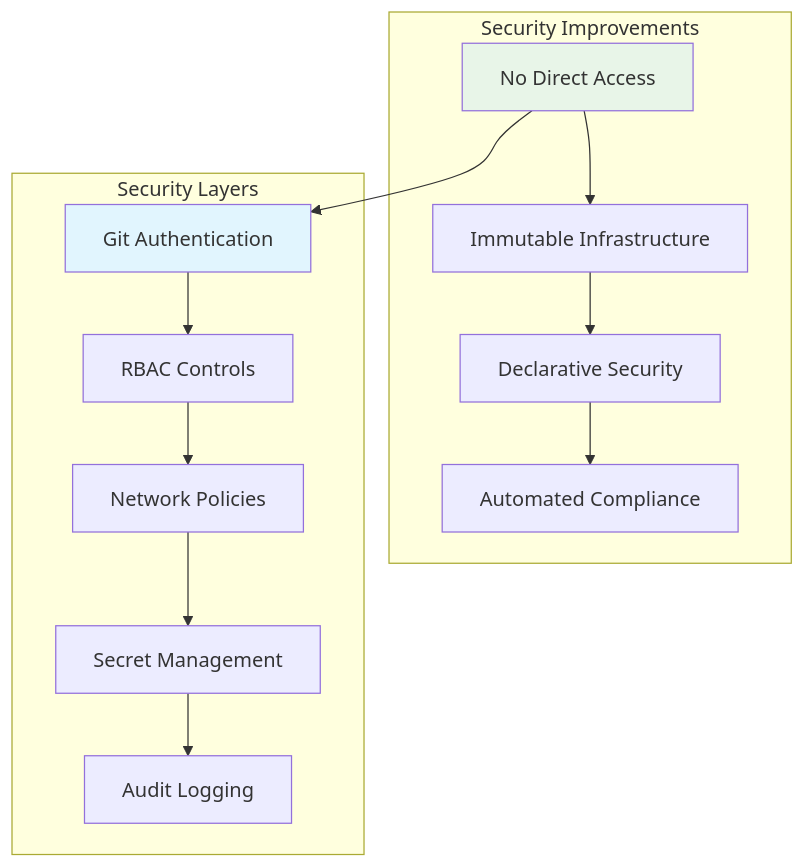
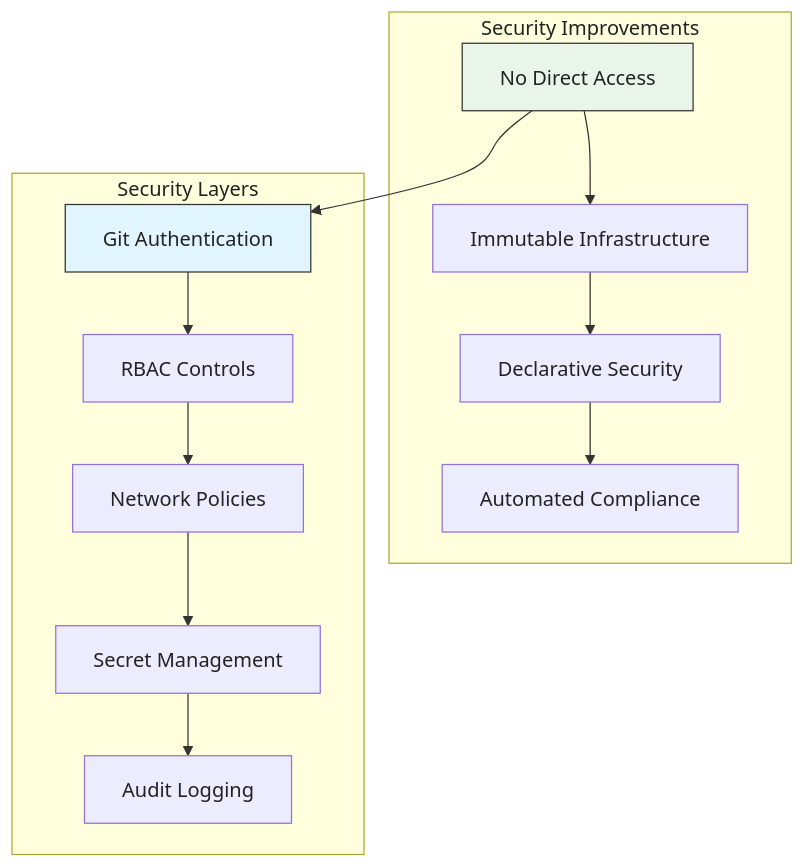
The eighth of 8 diagrams in GitOps_document.md (svenkatrav0408/ArgoCD-config), drawn with Mermaid before and after one commit. The commit also changed other lines of this file, not shown here.

````diff
--- a/GitOps_document.md
+++ b/GitOps_document.md
@@ -314,20 +321,21 @@
 ```mermaid
+%%{init: {'theme':'default', 'themeVariables': { 'background': '#ffffff', 'primaryColor': '#e8f5e8', 'edgeLabelBackground':'#fff', 'textColor':'#222'}} }%%
 graph TB
     subgraph "Security Improvements"
         A[No Direct Access] --> B[Immutable Infrastructure]
         B --> C[Declarative Security]
         C --> D[Automated Compliance]
     end
-    
+
     subgraph "Security Layers"
         E[Git Authentication] --> F[RBAC Controls]
         F --> G[Network Policies]
         G --> H[Secret Management]
         H --> I[Audit Logging]
     end
-    
+
     A --> E
-    
-    style A fill:#e8f5e8
-    style E fill:#e1f5fe
+
+    style A fill:#e8f5e8,stroke:#333,stroke-width:1px
+    style E fill:#e1f5fe,stroke:#333,stroke-width:1px
 ```
````
